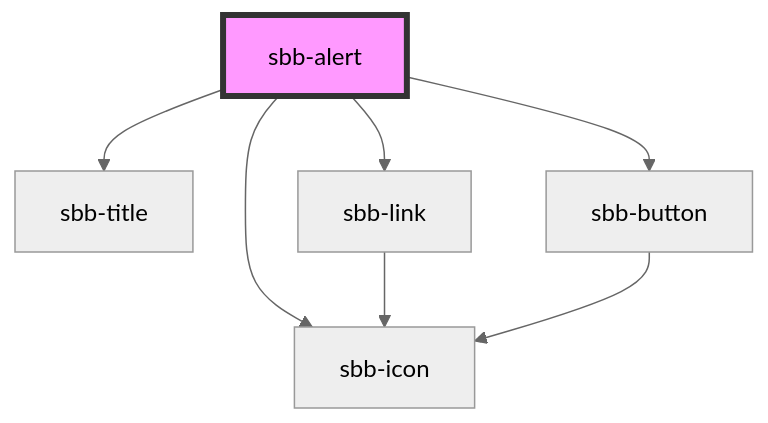
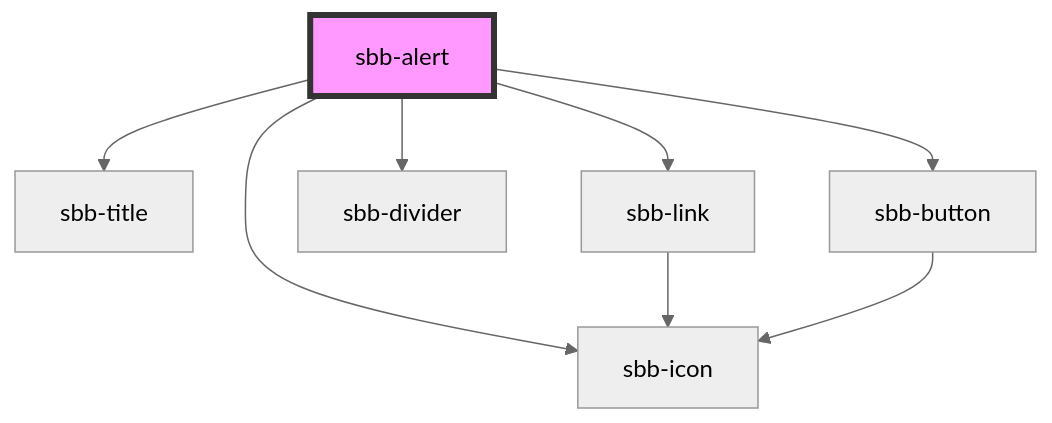
The diagram in src/components/sbb-alert/readme.md (sbb-design-systems/lyne-components), drawn with Mermaid (neutral theme) before and after one commit. The commit also changed other lines of this file and 3 other files, not shown here.

Commit message:
refactor(sbb-alert): implement new design specs

````diff
--- a/src/components/sbb-alert/readme.md
+++ b/src/components/sbb-alert/readme.md
@@ -124,10 +125,11 @@
 ```mermaid
 graph TD;
   sbb-alert --> sbb-icon
   sbb-alert --> sbb-title
   sbb-alert --> sbb-link
+  sbb-alert --> sbb-divider
   sbb-alert --> sbb-button
   sbb-link --> sbb-icon
   sbb-button --> sbb-icon
   style sbb-alert fill:#f9f,stroke:#333,stroke-width:4px
 ```
````
